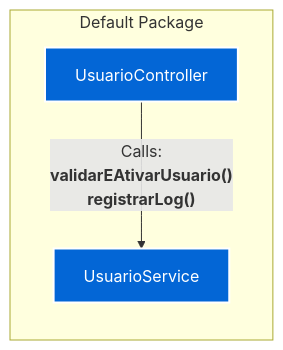
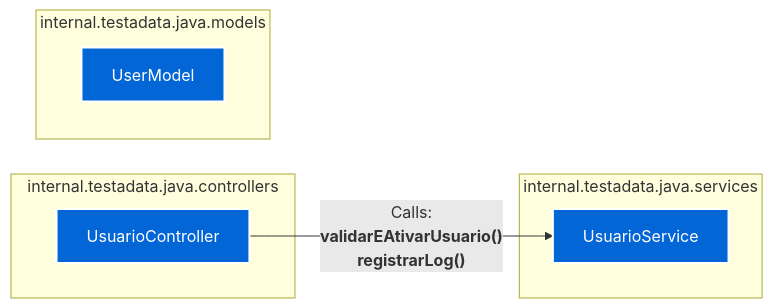
The diagram in docs/00_Architecture_Overview.md (FelipeMCassiano/geanky), drawn with Mermaid before and after one commit. The commit also changed 8 other files, not shown here.

````diff
--- a/docs/00_Architecture_Overview.md
+++ b/docs/00_Architecture_Overview.md
@@ -6,45 +6,64 @@
 ```mermaid
 flowchart LR
     %% Styling
     classDef classNode fill:#0366d6,stroke:#fff,stroke-width:2px,color:#fff;
     
     %% Nodes Creation Grouped by Package
     
-    subgraph Default Package
+    subgraph internal.testadata.java.controllers
         
         UsuarioController["UsuarioController"]:::classNode
+        
+    end
+    
+    subgraph internal.testadata.java.models
+        
+        UserModel["UserModel"]:::classNode
+        
+    end
+    
+    subgraph internal.testadata.java.services
         
         UsuarioService["UsuarioService"]:::classNode
         
     end
     
 
     %% Relationships / Dependencies
     
     
     
     
     
     
     
     
         
         
         
         
             UsuarioController -->|"Calls:<br><b>validarEAtivarUsuario()<br>registrarLog()</b>"| UsuarioService
         
 
     
     
     
     
     
     
     
     
     
     
     
     
+    
+    
+    
+    
+    
+    
+    
+    
+    
 ```
````
